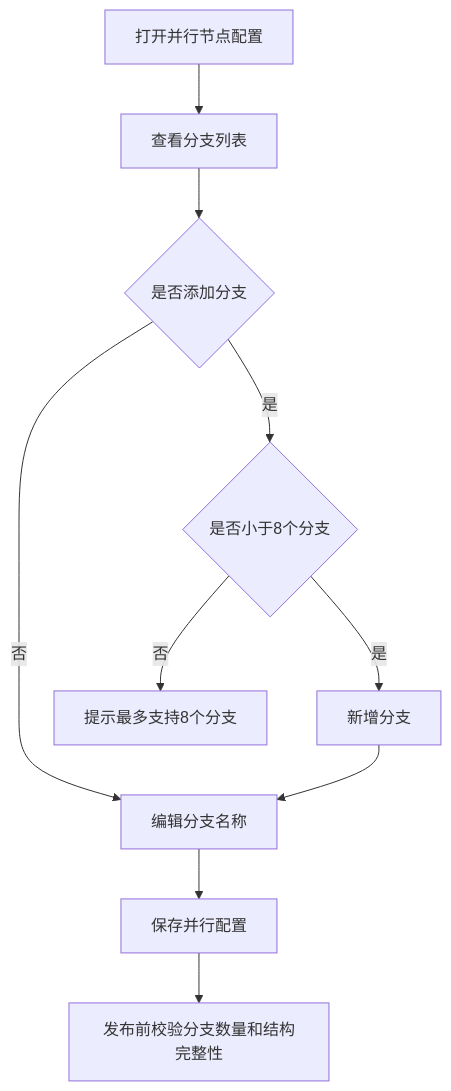
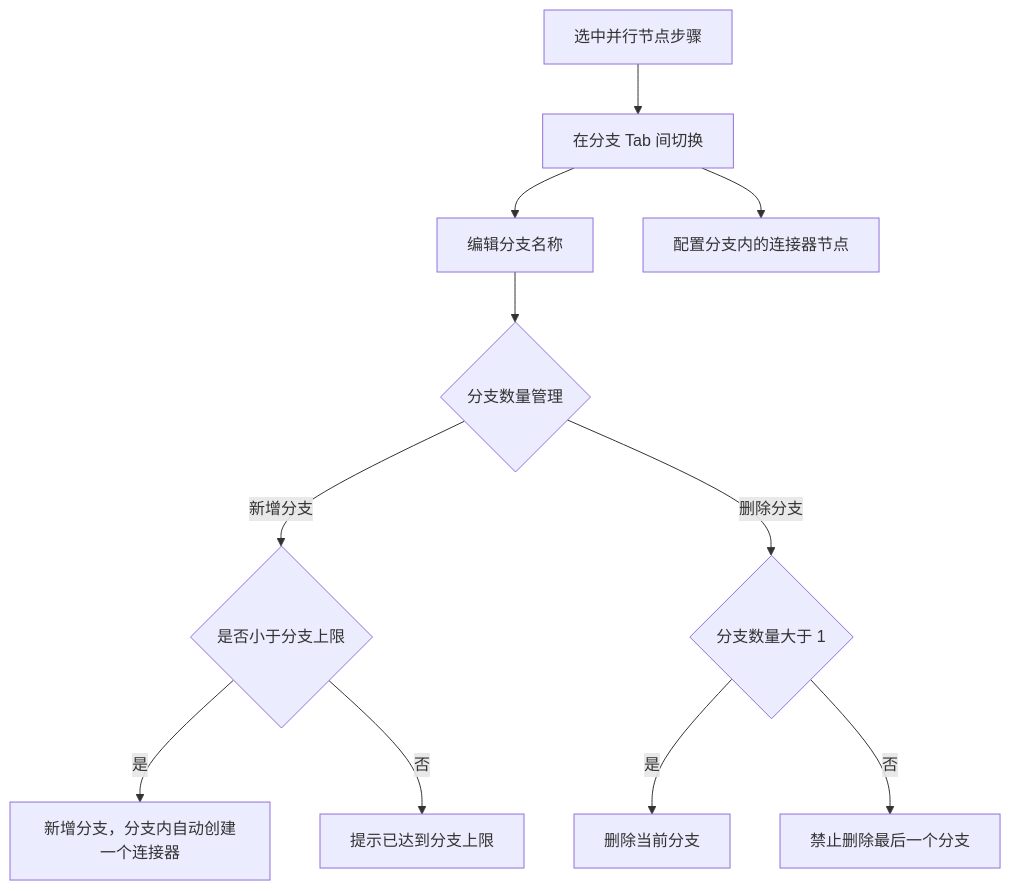
Before and after one commit to THZSummer/open-app: the ninth of 17 diagrams in front/doc/2026年6月文档/连接流配置需求设计说明书.md, drawn with Mermaid. The commit also changed other lines of this file and 2 other files, not shown here.

````diff
--- a/front/doc/2026年6月文档/连接流配置需求设计说明书.md
+++ b/front/doc/2026年6月文档/连接流配置需求设计说明书.md
@@ -376,12 +401,13 @@
 ```mermaid
 flowchart TD
-  OpenParallel[打开并行节点配置] --> ViewBranches[查看分支列表]
-  ViewBranches --> AddBranch{是否添加分支}
-  AddBranch -->|是| CheckLimit{是否小于8个分支}
-  CheckLimit -->|是| CreateBranch[新增分支]
-  CheckLimit -->|否| ShowLimit[提示最多支持8个分支]
-  AddBranch -->|否| EditBranch[编辑分支名称]
-  CreateBranch --> EditBranch
-  EditBranch --> SaveParallel[保存并行配置]
-  SaveParallel --> PublishValidate[发布前校验分支数量和结构完整性]
+  OpenParallel[选中并行节点步骤] --> SwitchBranchTab[在分支 Tab 间切换]
+  SwitchBranchTab --> EditBranchName[编辑分支名称]
+  SwitchBranchTab --> EditBranchConnector[配置分支内的连接器节点]
+  EditBranchName --> ManageBranch{分支数量管理}
+  ManageBranch -->|新增分支| CheckLimit{是否小于分支上限}
+  CheckLimit -->|是| CreateBranch[新增分支，分支内自动创建一个连接器]
+  CheckLimit -->|否| ShowLimit[提示已达到分支上限]
+  ManageBranch -->|删除分支| CheckRemain{分支数量大于 1}
+  CheckRemain -->|是| RemoveBranch[删除当前分支]
+  CheckRemain -->|否| BlockRemove[禁止删除最后一个分支]
 ```
````
